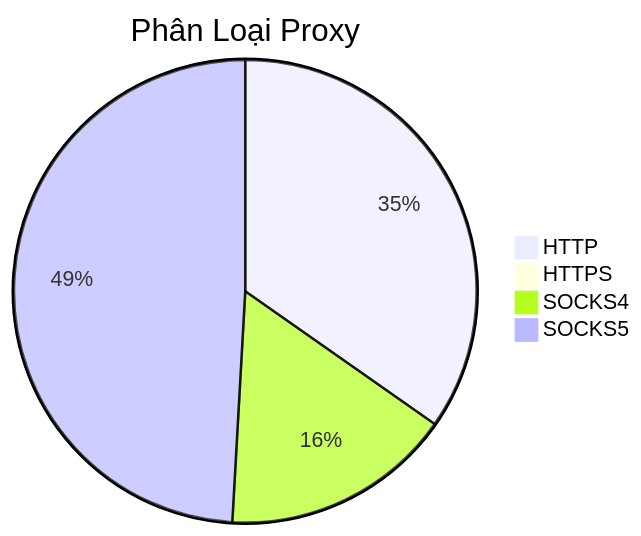
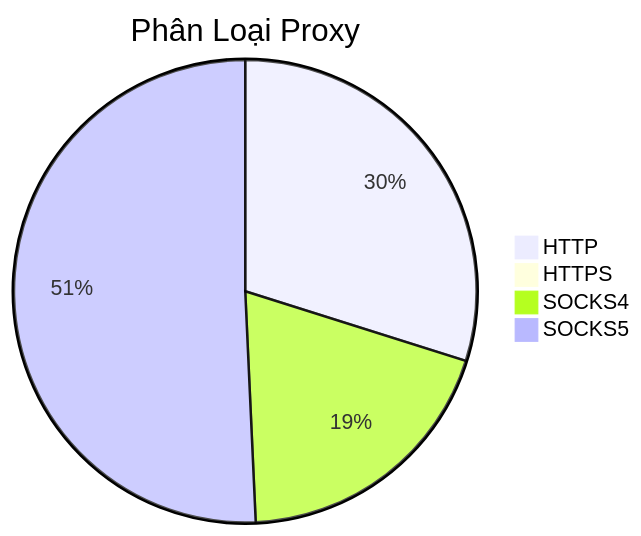
Before and after one commit to Ciara-12/PROXY-free: the diagram in README.md, drawn with Mermaid. The commit also changed other lines of this file and 3 other files, not shown here.

````diff
--- a/README.md
+++ b/README.md
@@ -26,7 +26,7 @@
 ```mermaid
 pie title Phân Loại Proxy
-    "HTTP" : 720
+    "HTTP" : 517
     "HTTPS" : 0
-    "SOCKS4" : 335
-    "SOCKS5" : 1018
+    "SOCKS4" : 336
+    "SOCKS5" : 878
 ```
````
